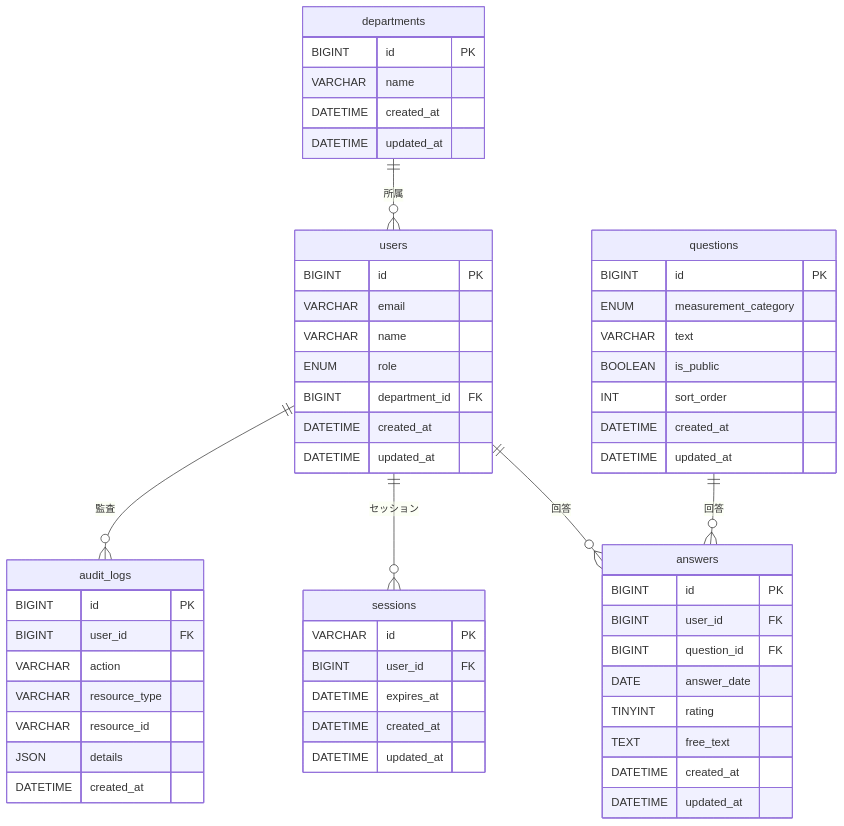
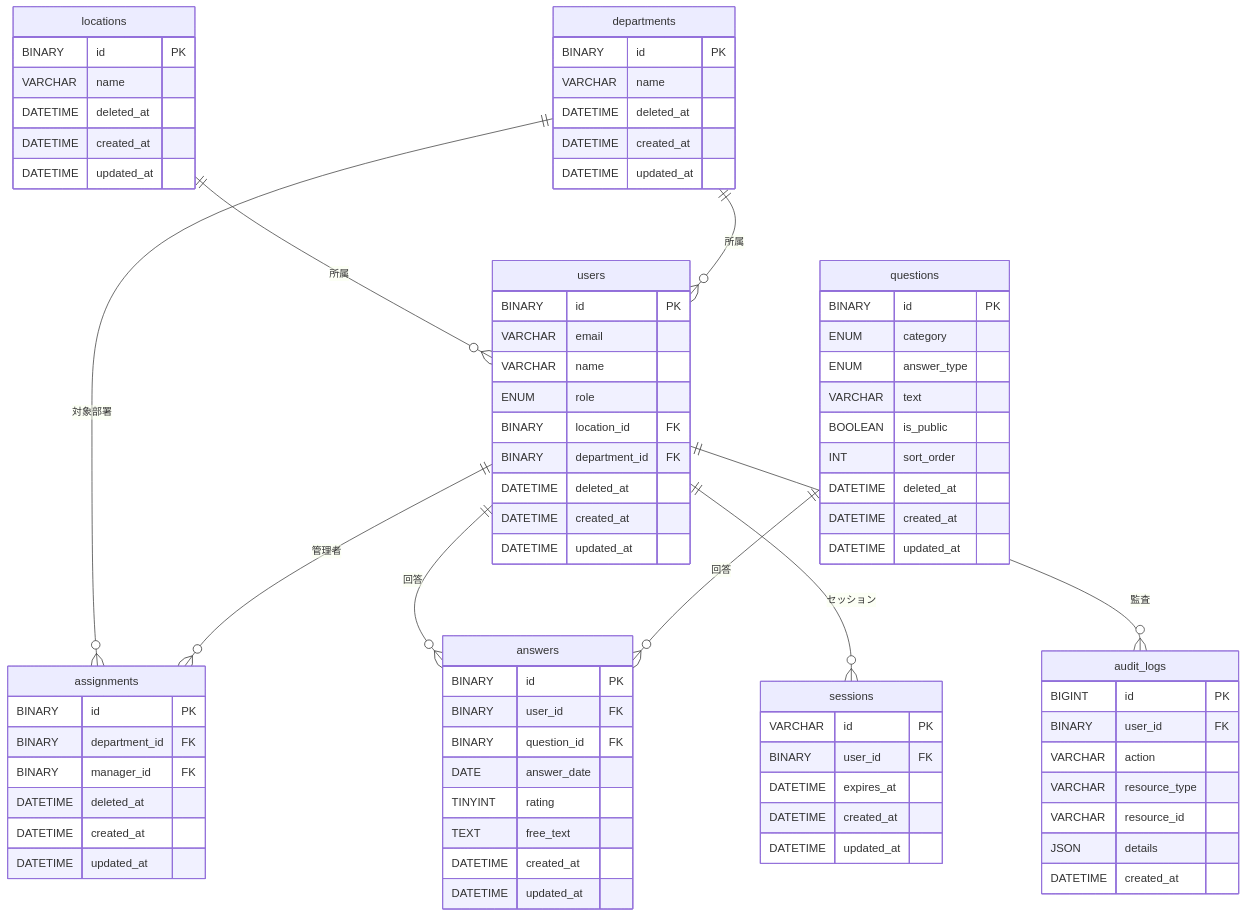
One commit to dgfl-1st-department/training changed the second of 2 diagrams in 基本設計書.md. Above: the diagram before and after it, drawn with Mermaid. The commit also changed other lines of this file and 2 other files, not shown here.

````diff
--- a/基本設計書.md
+++ b/基本設計書.md
@@ -268,58 +396,81 @@
 ```mermaid
 erDiagram
+    locations {
+        BINARY id PK
+        VARCHAR name
+        DATETIME deleted_at
+        DATETIME created_at
+        DATETIME updated_at
+    }
     departments {
-        BIGINT id PK
+        BINARY id PK
         VARCHAR name
+        DATETIME deleted_at
         DATETIME created_at
         DATETIME updated_at
     }
     users {
-        BIGINT id PK
+        BINARY id PK
         VARCHAR email
         VARCHAR name
         ENUM role
-        BIGINT department_id FK
+        BINARY location_id FK
+        BINARY department_id FK
+        DATETIME deleted_at
+        DATETIME created_at
+        DATETIME updated_at
+    }
+    assignments {
+        BINARY id PK
+        BINARY department_id FK
+        BINARY manager_id FK
+        DATETIME deleted_at
         DATETIME created_at
         DATETIME updated_at
     }
     questions {
-        BIGINT id PK
-        ENUM measurement_category
+        BINARY id PK
+        ENUM category
+        ENUM answer_type
         VARCHAR text
         BOOLEAN is_public
         INT sort_order
+        DATETIME deleted_at
         DATETIME created_at
         DATETIME updated_at
     }
     answers {
-        BIGINT id PK
-        BIGINT user_id FK
-        BIGINT question_id FK
+        BINARY id PK
+        BINARY user_id FK
+        BINARY question_id FK
         DATE answer_date
         TINYINT rating
         TEXT free_text
         DATETIME created_at
         DATETIME updated_at
     }
     sessions {
         VARCHAR id PK
-        BIGINT user_id FK
+        BINARY user_id FK
         DATETIME expires_at
         DATETIME created_at
         DATETIME updated_at
     }
     audit_logs {
         BIGINT id PK
-        BIGINT user_id FK
+        BINARY user_id FK
         VARCHAR action
         VARCHAR resource_type
         VARCHAR resource_id
         JSON details
         DATETIME created_at
     }
+    locations ||--o{ users : "所属"
     departments ||--o{ users : "所属"
+    departments ||--o{ assignments : "対象部署"
+    users ||--o{ assignments : "管理者"
     users ||--o{ answers : "回答"
     users ||--o{ sessions : "セッション"
     users ||--o{ audit_logs : "監査"
     questions ||--o{ answers : "回答"
 ```
````
